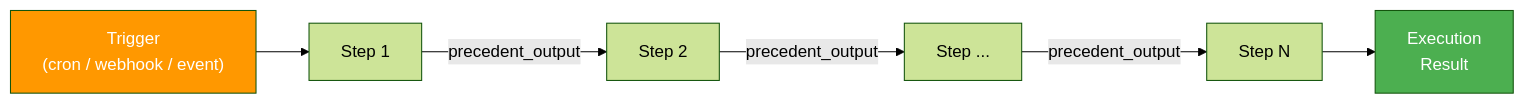
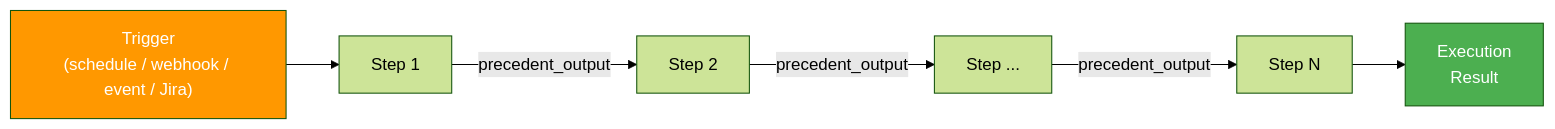
One commit to thfai2000/open-agent-orchestra changed the first of 3 diagrams in docs/concepts/workflows.md. Above: the diagram before and after it, drawn with Mermaid (forest theme). The commit also changed other lines of this file and 51 other files, not shown here.

````diff
--- a/docs/concepts/workflows.md
+++ b/docs/concepts/workflows.md
@@ -7,11 +7,11 @@
 ```mermaid
 graph LR
-    T["Trigger<br/>(cron / webhook / event)"] --> S1[Step 1]
+    T["Trigger<br/>(schedule / webhook / event / Jira)"] --> S1[Step 1]
     S1 -->|precedent_output| S2[Step 2]
     S2 -->|precedent_output| S3["Step ..."]
     S3 -->|precedent_output| SN[Step N]
     SN --> R["Execution<br/>Result"]
 
     style T fill:#FF9800,color:#fff
     style R fill:#4CAF50,color:#fff
 ```
````
